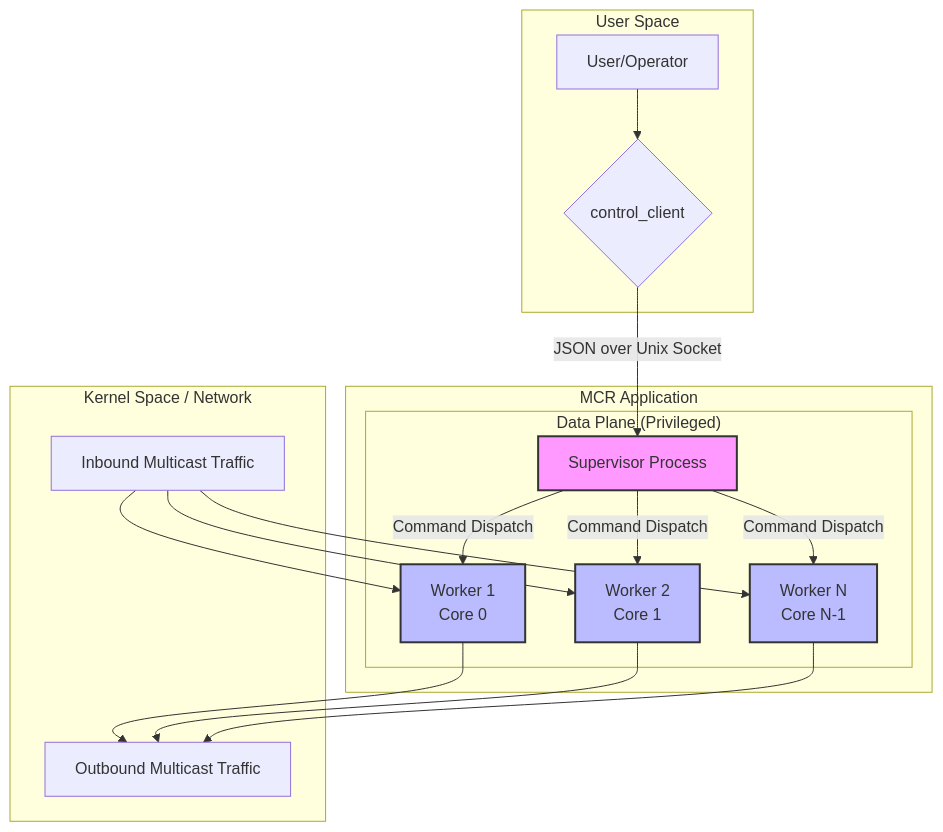
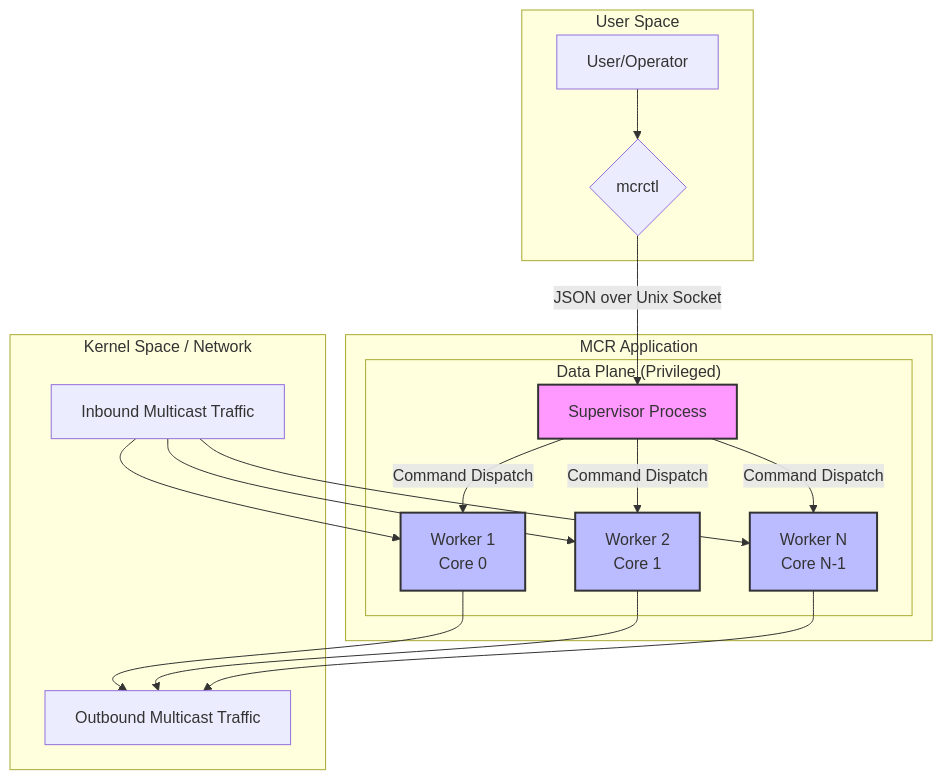
Before and after one commit to acooks/mcr: the first of 3 diagrams in developer_docs/ARCHITECTURE.md, drawn with Mermaid. The commit also changed other lines of this file and 49 other files, not shown here.

````diff
--- a/developer_docs/ARCHITECTURE.md
+++ b/developer_docs/ARCHITECTURE.md
@@ -95,31 +95,31 @@
 ```mermaid
 graph TD
     subgraph User Space
-        A["User/Operator"] --> B{"control_client"};
+        A["User/Operator"] --> B{"mcrctl"};
     end
 
     subgraph MCR Application
         B -- JSON over Unix Socket --> C["Supervisor Process"];
 
         subgraph "Data Plane (Privileged)"
             C -- Command Dispatch --> D1["Worker 1<br/>Core 0"];
             C -- Command Dispatch --> D2["Worker 2<br/>Core 1"];
             C -- Command Dispatch --> DN["Worker N<br/>Core N-1"];
         end
     end
 
     subgraph Kernel Space / Network
         NetIn["Inbound Multicast Traffic"] --> D1;
         NetIn --> D2;
         NetIn --> DN;
 
         D1 --> NetOut["Outbound Multicast Traffic"];
         D2 --> NetOut;
         DN --> NetOut;
     end
 
     style C fill:#f9f,stroke:#333,stroke-width:2px
     style D1 fill:#bbf,stroke:#333,stroke-width:2px
     style D2 fill:#bbf,stroke:#333,stroke-width:2px
     style DN fill:#bbf,stroke:#333,stroke-width:2px
 ```
````
